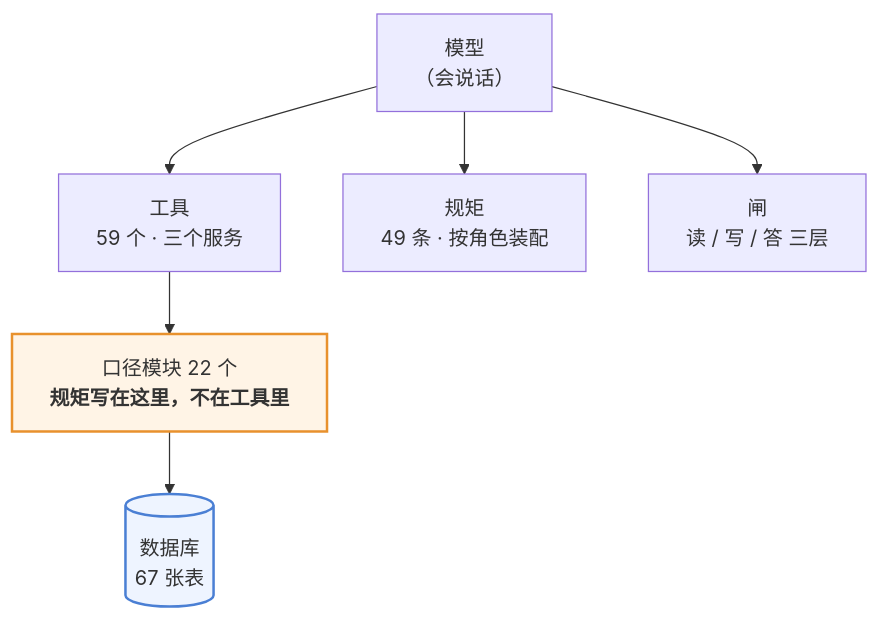
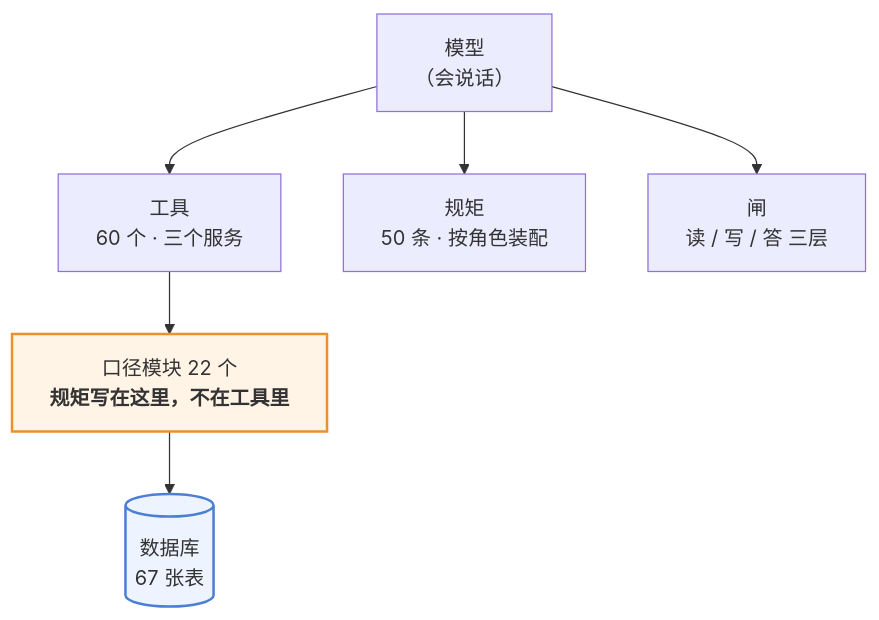
One commit to 843773296-rgb/lanxiu-yunshang-agent changed the first of 3 diagrams in 澜绣云裳agent-产品说明.md. Above: the diagram before and after it, drawn with Mermaid. The commit also changed other lines of this file and 5 other files, not shown here.

````diff
--- a/澜绣云裳agent-产品说明.md
+++ b/澜绣云裳agent-产品说明.md
@@ -62,12 +62,12 @@
 ```mermaid
 flowchart TD
     M["模型<br/>（会说话）"]
-    M --> T["工具<br/>59 个 · 三个服务"]
-    M --> R["规矩<br/>49 条 · 按角色装配"]
+    M --> T["工具<br/>60 个 · 三个服务"]
+    M --> R["规矩<br/>50 条 · 按角色装配"]
     M --> G["闸<br/>读 / 写 / 答 三层"]
     T --> K["口径模块 22 个<br/><b>规矩写在这里，不在工具里</b>"]
     K --> DB[("数据库<br/>67 张表")]
 
     style K fill:#fff4e6,stroke:#e8912d,stroke-width:2px
     style DB fill:#eef4ff,stroke:#4a7fd4,stroke-width:2px
 ```
````
